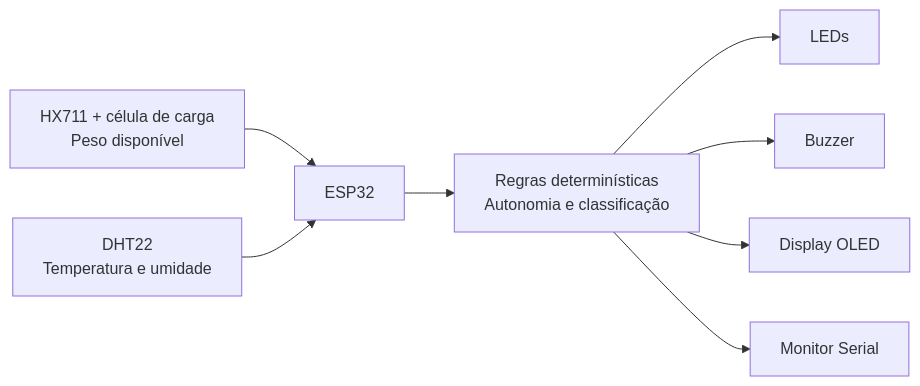
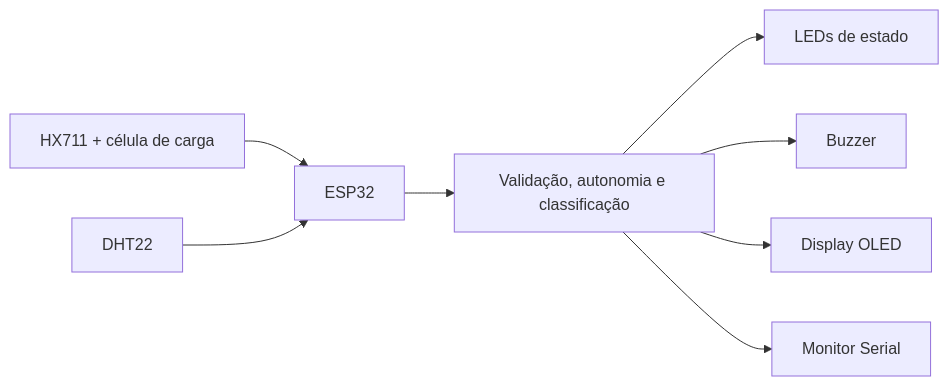
The diagram in README.md (ViNiSanPe/SmartPantry-FIAP), drawn with Mermaid before and after one commit. The commit also changed other lines of this file, not shown here.

````diff
--- a/README.md
+++ b/README.md
@@ -51,10 +38,10 @@
 ```mermaid
 flowchart LR
-  H[HX711 + célula de carga\nPeso disponível] --> E[ESP32]
-  D[DHT22\nTemperatura e umidade] --> E
-  E --> P[Regras determinísticas\nAutonomia e classificação]
-  P --> L[LEDs]
-  P --> B[Buzzer]
-  P --> O[Display OLED]
-  P --> S[Monitor Serial]
+  HX[HX711 + célula de carga] --> ESP[ESP32]
+  DHT[DHT22] --> ESP
+  ESP --> RULES[Validação, autonomia e classificação]
+  RULES --> LED[LEDs de estado]
+  RULES --> BUZ[Buzzer]
+  RULES --> OLED[Display OLED]
+  RULES --> SERIAL[Monitor Serial]
 ```
````
